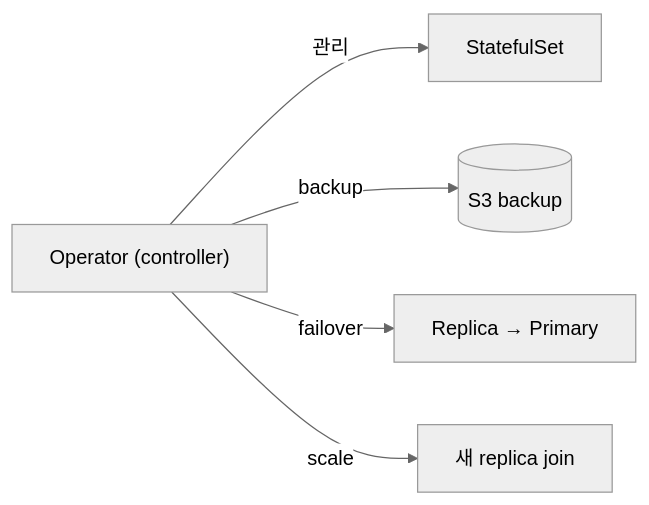
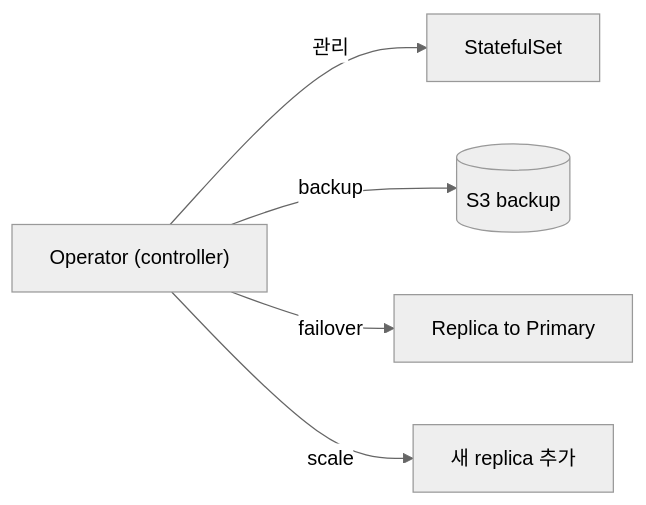
Before and after one commit to shinkeonkim/shinkeonkim.github.io: the sixth of 7 diagrams in src/content/wiki/kubernetes/k8s-statefulset.mdx, drawn with Mermaid (neutral theme). The commit also changed other lines of this file and 526 other files, not shown here.

First line of the commit message:
content(wiki): 전수조사 및 대규모 보강 (짧은 파일 0, mermaid +645)

````diff
--- a/src/content/wiki/kubernetes/k8s-statefulset.mdx
+++ b/src/content/wiki/kubernetes/k8s-statefulset.mdx
@@ -132,7 +225,7 @@
 ```mermaid
 flowchart LR
     Op["Operator (controller)"] -->|관리| STS[StatefulSet]
-    Op -->|backup| Backup[(S3 backup)]
-    Op -->|failover| Promote[Replica → Primary]
-    Op -->|scale| Add[새 replica join]
+    Op -->|backup| Backup[("S3 backup")]
+    Op -->|failover| Promote["Replica to Primary"]
+    Op -->|scale| Add[새 replica 추가]
 ```
````
